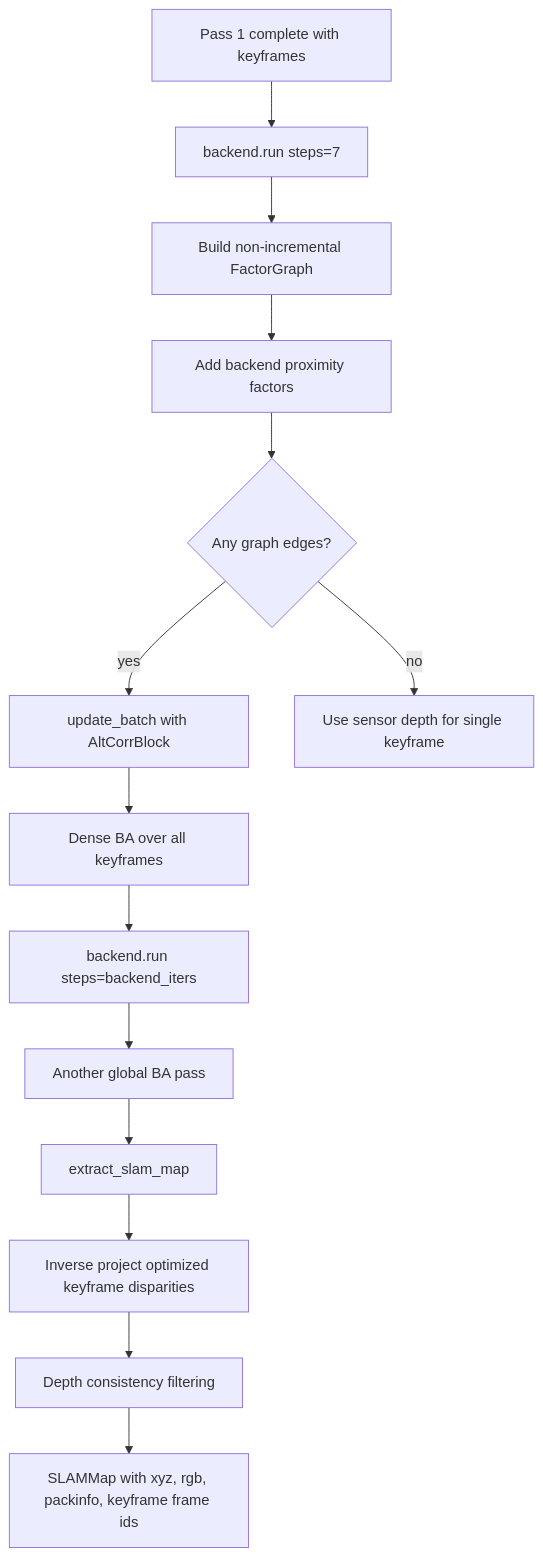
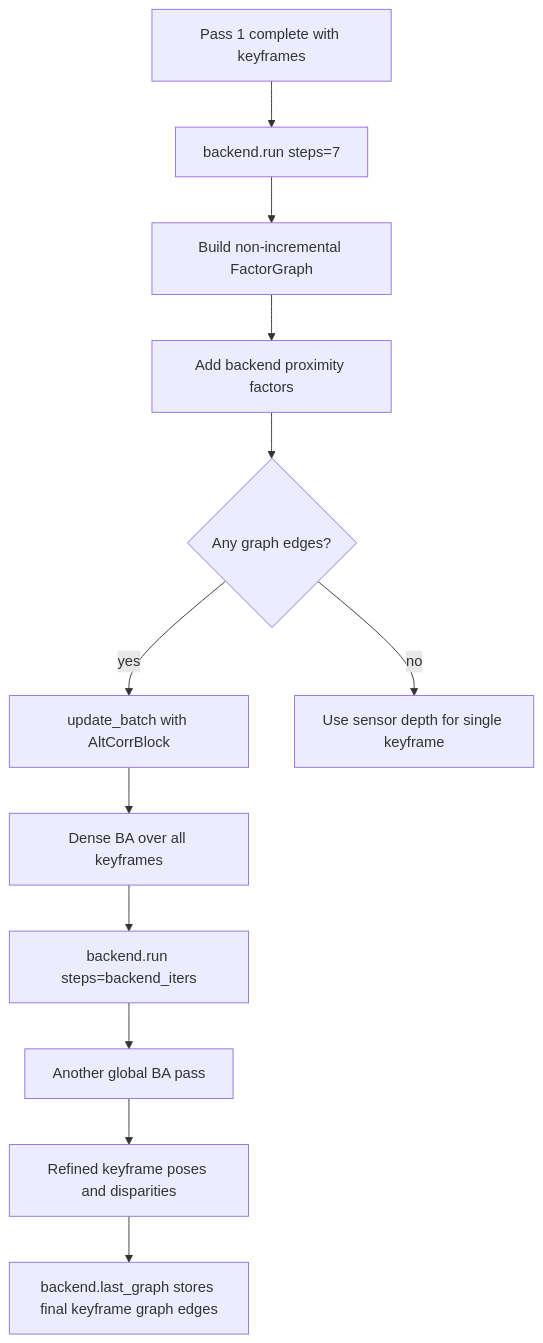
The eighth of 12 diagrams in fullexplain.md (sadanand1120/vipe), drawn with Mermaid before and after one commit. The commit also changed other lines of this file and 1 other file, not shown here.

````diff
--- a/fullexplain.md
+++ b/fullexplain.md
@@ -1208,16 +1201,14 @@
 ```mermaid
 flowchart TD
     A[Pass 1 complete with keyframes] --> B[backend.run steps=7]
     B --> C[Build non-incremental FactorGraph]
     C --> D[Add backend proximity factors]
     D --> E{Any graph edges?}
     E -->|yes| F[update_batch with AltCorrBlock]
     E -->|no| G[Use sensor depth for single keyframe]
     F --> H[Dense BA over all keyframes]
     H --> I[backend.run steps=backend_iters]
     I --> J[Another global BA pass]
-    J --> K[extract_slam_map]
-    K --> L[Inverse project optimized keyframe disparities]
-    L --> M[Depth consistency filtering]
-    M --> N[SLAMMap with xyz, rgb, packinfo, keyframe frame ids]
+    J --> K[Refined keyframe poses and disparities]
+    K --> L[backend.last_graph stores final keyframe graph edges]
 ```
````
